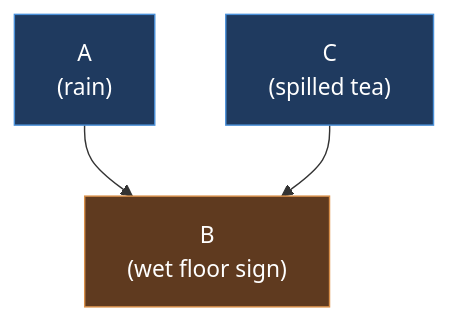
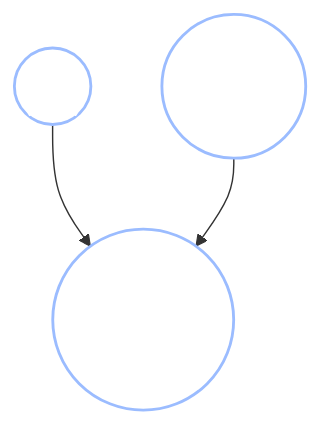
One commit to josephausterweil/probintro changed the third of 6 diagrams in content/intro2/09_conditional_independence.md. Above: the diagram before and after it, drawn with Mermaid. The commit also changed other lines of this file and 3 other files, not shown here.

````diff
--- a/content/intro2/09_conditional_independence.md
+++ b/content/intro2/09_conditional_independence.md
@@ -69,8 +67,7 @@
 ```mermaid
 graph TD
-    A["A<br/>(rain)"] --> B["B<br/>(wet floor sign)"]
-    C["C<br/>(spilled tea)"] --> B
-    style A fill:#1f3a5f,stroke:#4a90d9,color:#fff
-    style B fill:#5f3a1f,stroke:#d9904a,color:#fff
-    style C fill:#1f3a5f,stroke:#4a90d9,color:#fff
+    A(("A<br/>(rain)")) --> B(("B<br/>(wet floor sign)"))
+    C(("C<br/>(spilled tea)")) --> B
+    classDef node fill:none,stroke:#9bbcff,stroke-width:2px,color:#fff
+    class A,B,C node
 ```
````
